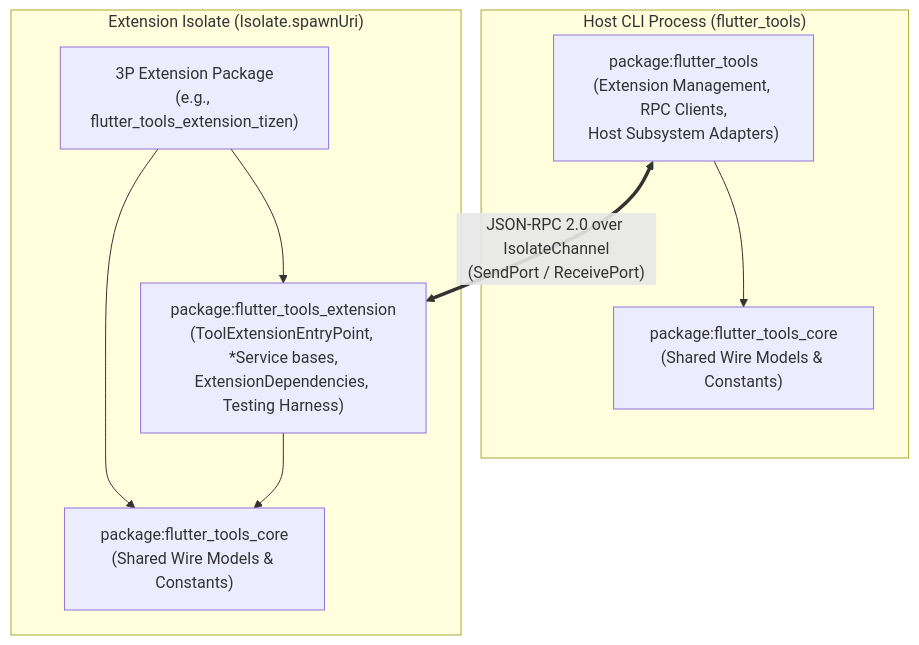
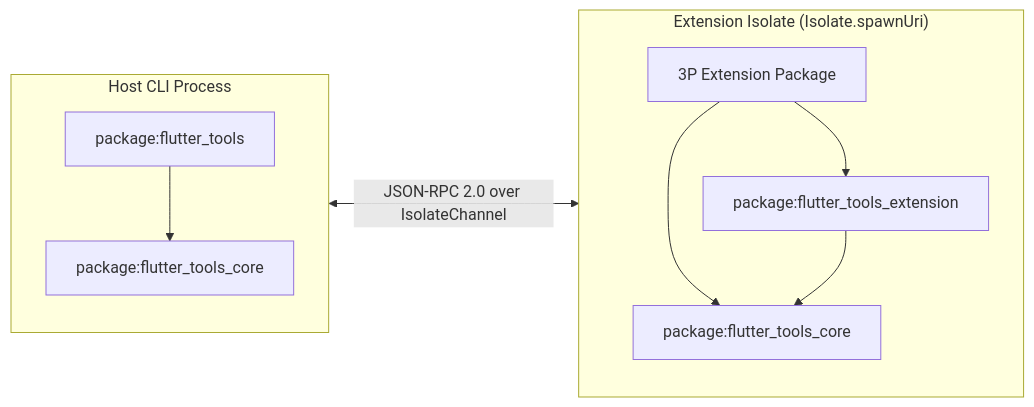
Before and after one commit to flutter/rfc: the first of 2 diagrams in rfc/510.0000-targeting-custom-embedders-with-flutter-tools.md, drawn with Mermaid. The commit also changed other lines of this file, not shown here.

````diff
--- a/rfc/510.0000-targeting-custom-embedders-with-flutter-tools.md
+++ b/rfc/510.0000-targeting-custom-embedders-with-flutter-tools.md
@@ -233,19 +223,21 @@
 ```mermaid
-graph TD
-  subgraph "Host CLI Process (flutter_tools)"
-    FT["package:flutter_tools<br/>(Extension Management, RPC Clients,<br/>Host Subsystem Adapters)"]
-    FTC_Host["package:flutter_tools_core<br/>(Shared Wire Models & Constants)"]
-    FT --> FTC_Host
+flowchart LR
+  subgraph Host["Host CLI Process"]
+    direction TB
+    FT["package:flutter_tools"]
+    FTC1["package:flutter_tools_core"]
+    FT --> FTC1
   end
 
-  subgraph "Extension Isolate (Isolate.spawnUri)"
-    EXT["3P Extension Package<br/>(e.g., flutter_tools_extension_tizen)"]
-    FTE["package:flutter_tools_extension<br/>(ToolExtensionEntryPoint, *Service bases,<br/>ExtensionDependencies, Testing Harness)"]
-    FTC_Ext["package:flutter_tools_core<br/>(Shared Wire Models & Constants)"]
+  subgraph Iso["Extension Isolate (Isolate.spawnUri)"]
+    direction TB
+    EXT["3P Extension Package"]
+    FTE["package:flutter_tools_extension"]
+    FTC2["package:flutter_tools_core"]
     EXT --> FTE
-    EXT --> FTC_Ext
-    FTE --> FTC_Ext
+    EXT --> FTC2
+    FTE --> FTC2
   end
 
-  FT <== "JSON-RPC 2.0 over IsolateChannel<br/>(SendPort / ReceivePort)" ==> FTE
+  Host <-->|"JSON-RPC 2.0 over IsolateChannel"| Iso
 ```
````
